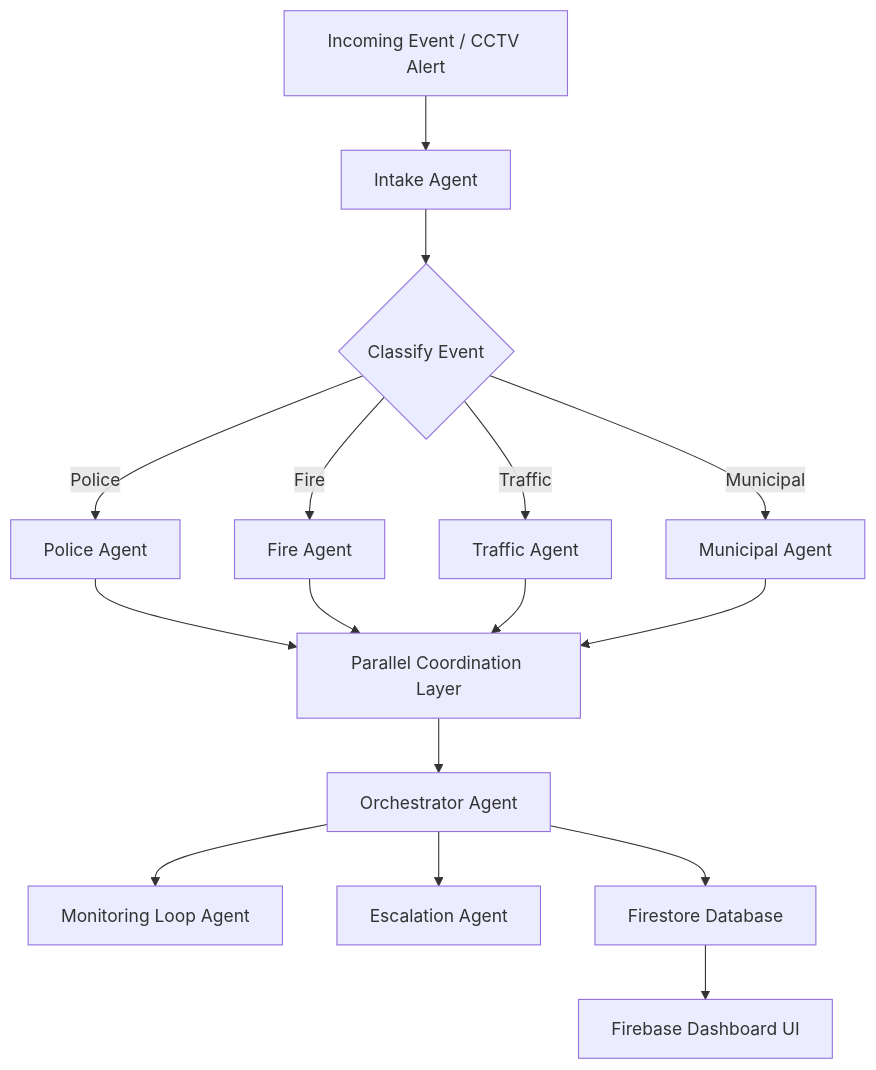
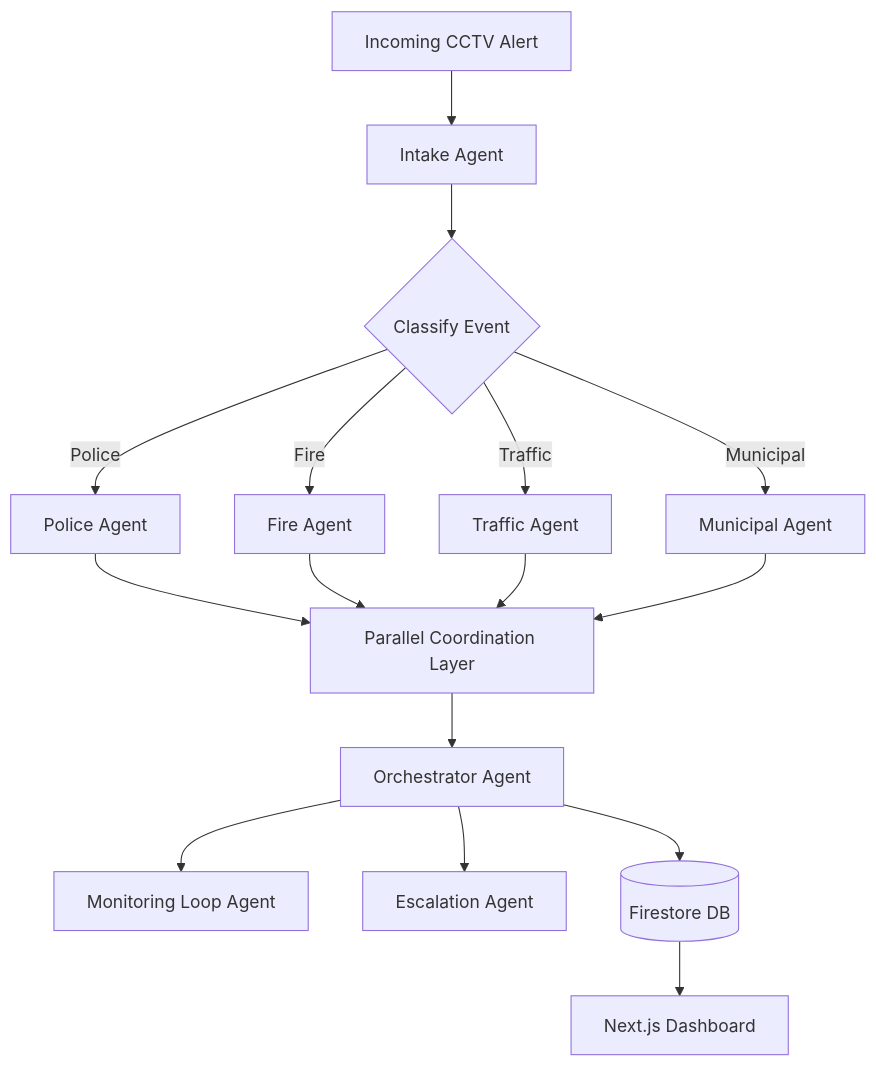
The first of 2 diagrams in README.md (TAARUNRAJ07/Mini-ICCC-CapstoneProject), drawn with Mermaid before and after one commit. The commit also changed other lines of this file, not shown here.

````diff
--- a/README.md
+++ b/README.md
@@ -60,23 +59,23 @@
 ```mermaid
 flowchart TD
-    A[Incoming Event / CCTV Alert] --> B[Intake Agent]
+    A[Incoming CCTV Alert] --> B[Intake Agent]
     B --> C{Classify Event}
     C -->|Police| D[Police Agent]
     C -->|Fire| E[Fire Agent]
     C -->|Traffic| F[Traffic Agent]
     C -->|Municipal| G[Municipal Agent]
 
     D --> H[Parallel Coordination Layer]
     E --> H
     F --> H
     G --> H
 
     H --> I[Orchestrator Agent]
 
     I --> J[Monitoring Loop Agent]
     I --> K[Escalation Agent]
 
-    I --> L[Firestore Database]
+    I --> L[(Firestore DB)]
 
-    L --> M[Firebase Dashboard UI]
+    L --> M[Next.js Dashboard]
 ```
````
